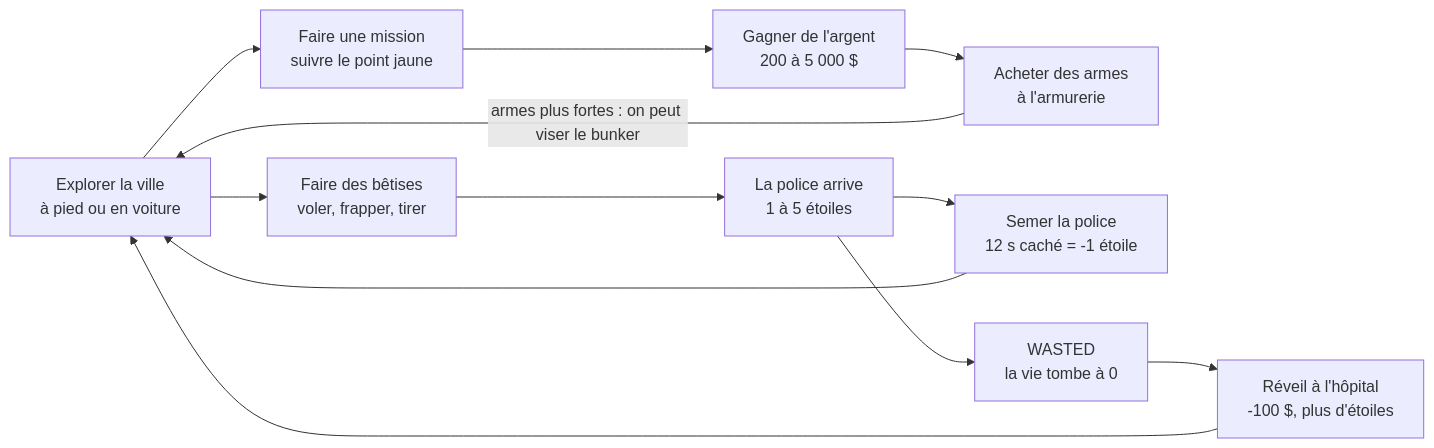
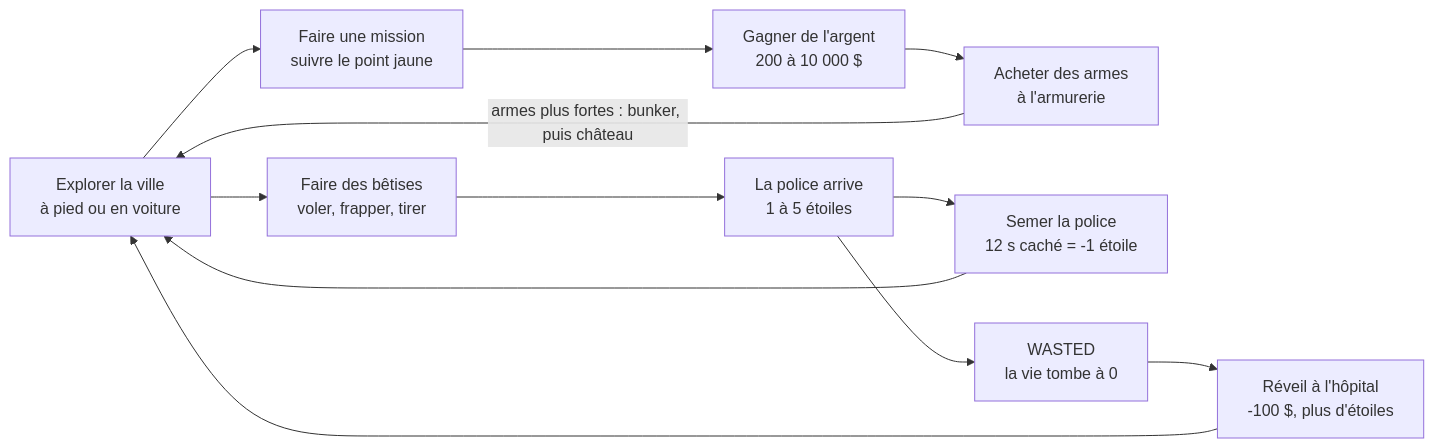
The diagram in DESIGN.md (jlehen/GTAxel), drawn with Mermaid before and after one commit. The commit also changed other lines of this file and 2 other files, not shown here.

First line of the commit message:
Nazis de Wolfenstein, Hitler en boss final au château Wolfenstein, héros B.J. Blazkowicz

````diff
--- a/DESIGN.md
+++ b/DESIGN.md
@@ -22,9 +22,9 @@
 ```mermaid
 flowchart LR
   E[Explorer la ville<br>à pied ou en voiture]
-  E --> M[Faire une mission<br>suivre le point jaune] --> G[Gagner de l'argent<br>200 à 5 000 $] --> A[Acheter des armes<br>à l'armurerie]
-  A -- armes plus fortes : on peut viser le bunker --> E
+  E --> M[Faire une mission<br>suivre le point jaune] --> G[Gagner de l'argent<br>200 à 10 000 $] --> A[Acheter des armes<br>à l'armurerie]
+  A -- armes plus fortes : bunker, puis château --> E
   E --> B[Faire des bêtises<br>voler, frapper, tirer] --> P[La police arrive<br>1 à 5 étoiles]
   P --> S[Semer la police<br>12 s caché = -1 étoile] --> E
   P --> W[WASTED<br>la vie tombe à 0] --> H[Réveil à l'hôpital<br>-100 $, plus d'étoiles] --> E
 ```
````
